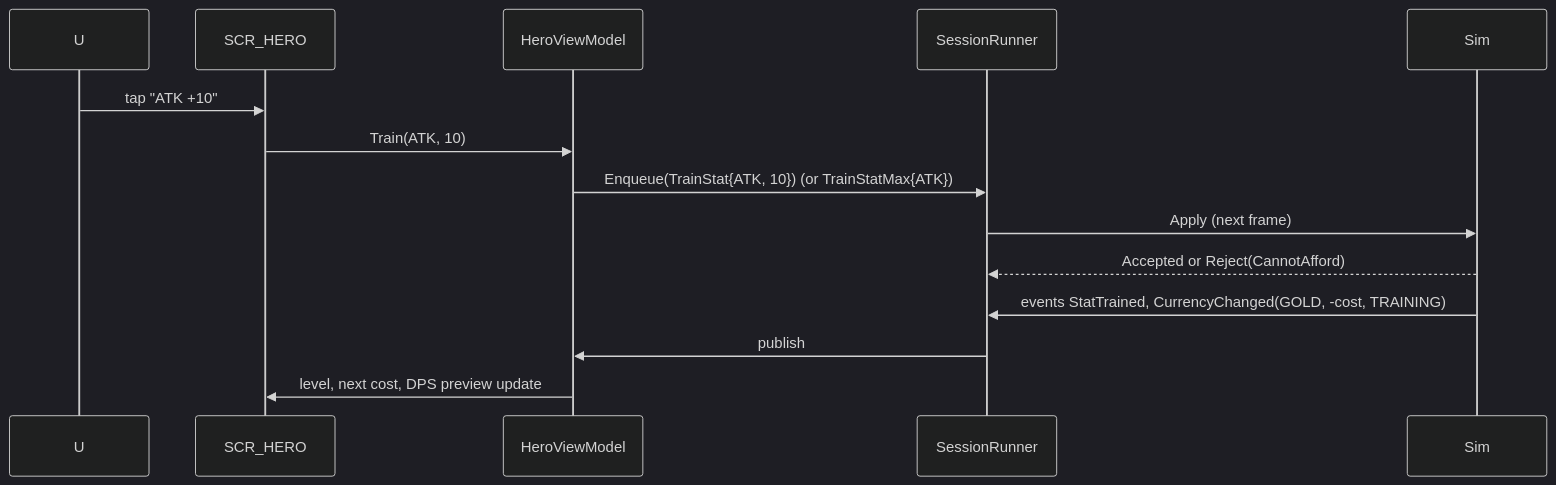
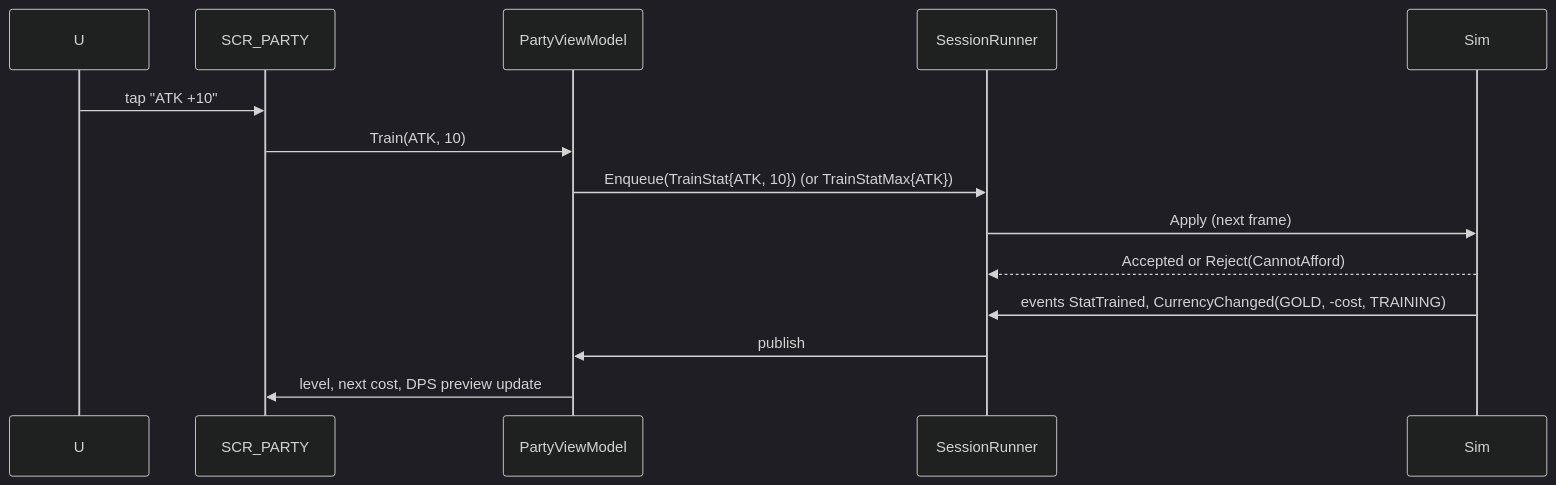
The fifth of 15 diagrams in specs/01-architecture-and-data-flow.md (kjew2/herocat), drawn with Mermaid (dark theme) before and after one commit. The commit also changed other lines of this file and 3 other files, not shown here.

````diff
--- a/specs/01-architecture-and-data-flow.md
+++ b/specs/01-architecture-and-data-flow.md
@@ -625,16 +637,16 @@
 ```mermaid
 sequenceDiagram
     participant U
-    participant S as SCR_HERO
-    participant VM as HeroViewModel
+    participant S as SCR_PARTY
+    participant VM as PartyViewModel
     participant R as SessionRunner
     participant Sim
     U->>S: tap "ATK +10"
     S->>VM: Train(ATK, 10)
     VM->>R: Enqueue(TrainStat{ATK, 10}) (or TrainStatMax{ATK})
     R->>Sim: Apply (next frame)
     Sim-->>R: Accepted or Reject(CannotAfford)
     Sim->>R: events StatTrained, CurrencyChanged(GOLD, -cost, TRAINING)
     R->>VM: publish
     VM->>S: level, next cost, DPS preview update
 ```
````
